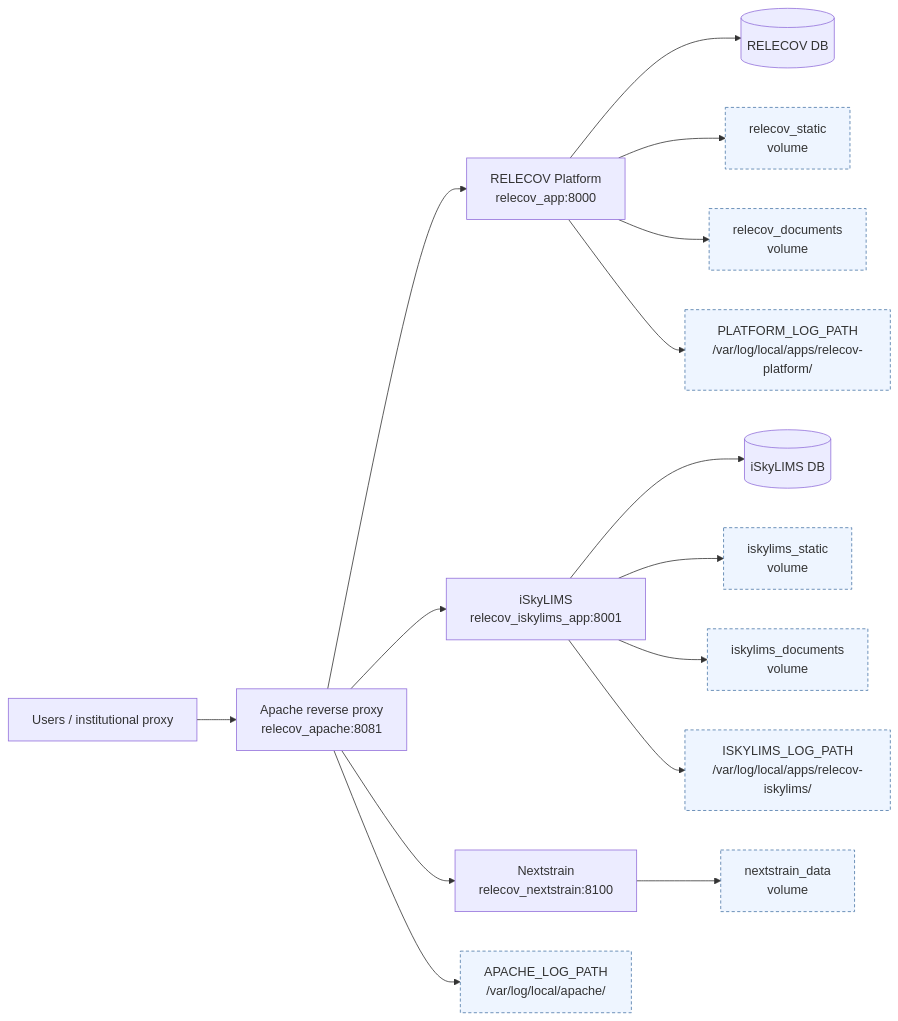
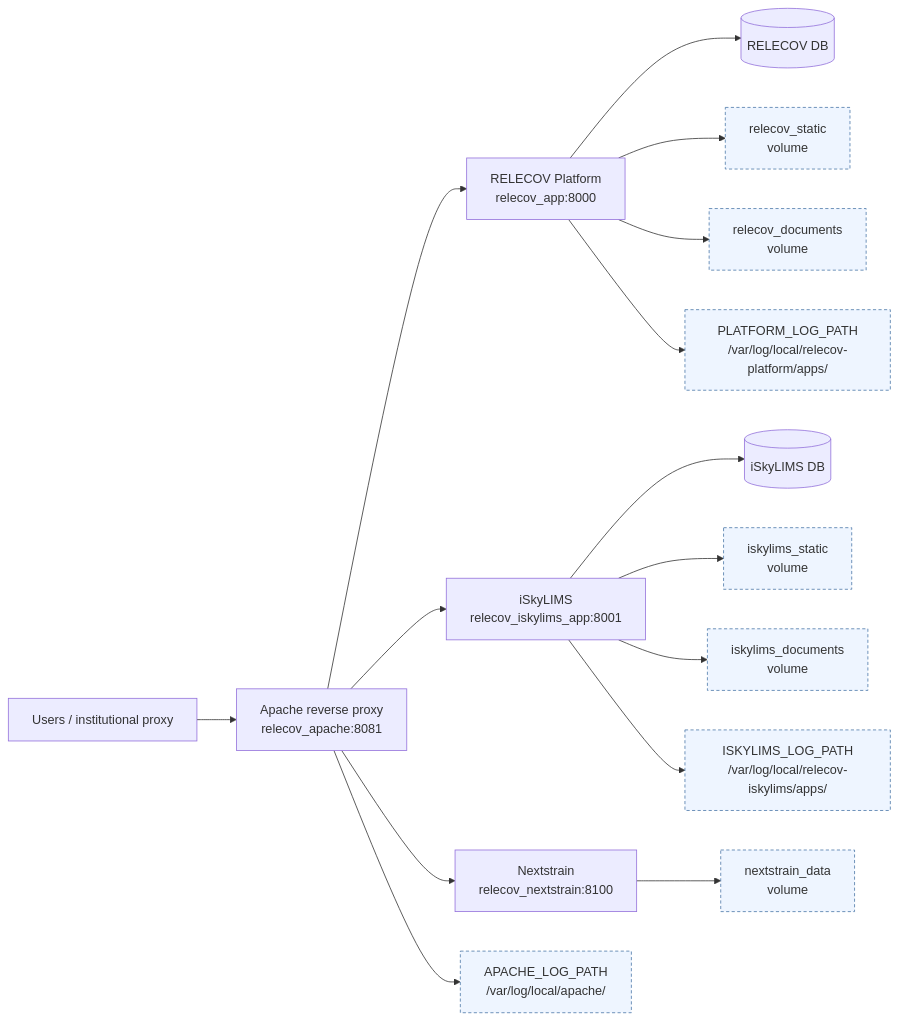
Before and after one commit to BU-ISCIII/relecov-platform: the diagram in README.md, drawn with Mermaid. The commit also changed other lines of this file and 1 other file, not shown here.

Commit message:
Document RELECOV production host paths

````diff
--- a/README.md
+++ b/README.md
@@ -49,24 +49,24 @@
 ```mermaid
 flowchart LR
     user[Users / institutional proxy] --> apache[Apache reverse proxy<br/>relecov_apache:8081]
 
     apache --> platform[RELECOV Platform<br/>relecov_app:8000]
     apache --> iskylims[iSkyLIMS<br/>relecov_iskylims_app:8001]
     apache --> nextstrain[Nextstrain<br/>relecov_nextstrain:8100]
 
     platform --> platform_db[(RELECOV DB)]
     iskylims --> iskylims_db[(iSkyLIMS DB)]
 
     platform --> platform_static[relecov_static<br/>volume]
     platform --> platform_docs[relecov_documents<br/>volume]
     iskylims --> iskylims_static[iskylims_static<br/>volume]
     iskylims --> iskylims_docs[iskylims_documents<br/>volume]
     nextstrain --> nextstrain_data[nextstrain_data<br/>volume]
 
     apache --> apache_logs[APACHE_LOG_PATH<br/>/var/log/local/apache/]
-    platform --> platform_logs[PLATFORM_LOG_PATH<br/>/var/log/local/apps/relecov-platform/]
-    iskylims --> iskylims_logs[ISKYLIMS_LOG_PATH<br/>/var/log/local/apps/relecov-iskylims/]
+    platform --> platform_logs[PLATFORM_LOG_PATH<br/>/var/log/local/relecov-platform/apps/]
+    iskylims --> iskylims_logs[ISKYLIMS_LOG_PATH<br/>/var/log/local/relecov-iskylims/apps/]
 
     class platform_static,platform_docs,iskylims_static,iskylims_docs,nextstrain_data,apache_logs,platform_logs,iskylims_logs volume
     classDef volume fill:#eef5ff,stroke:#4c78a8,stroke-dasharray: 4 3
 ```
````
